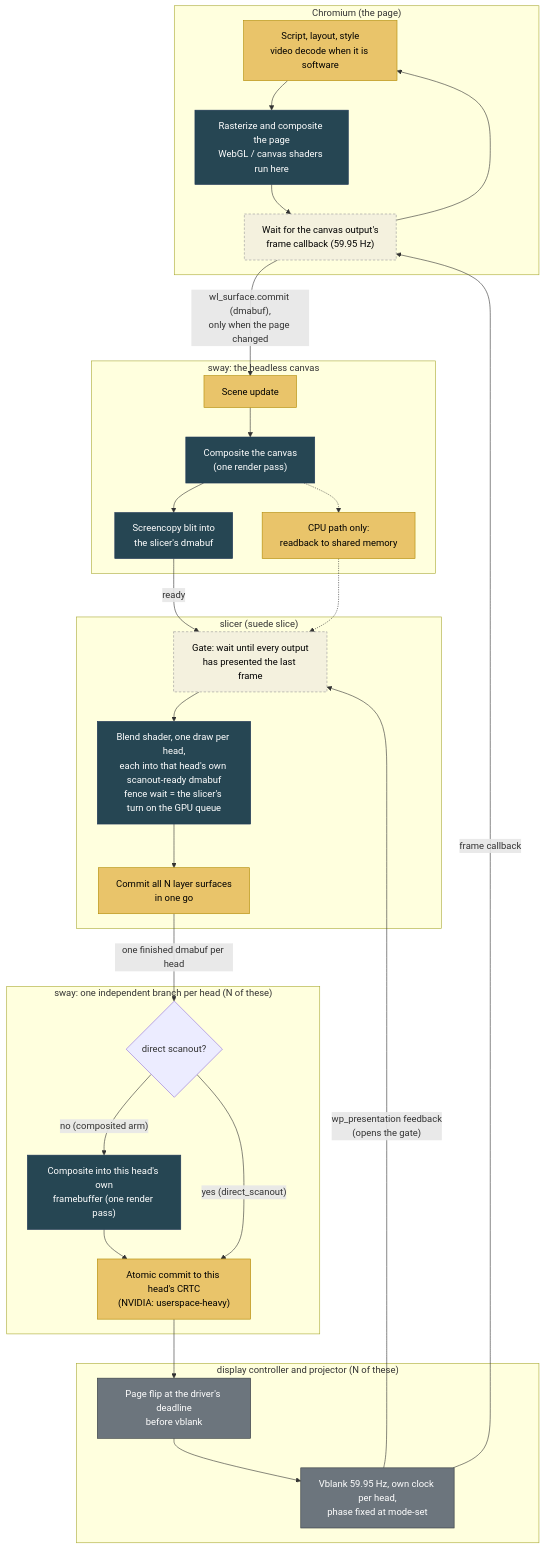
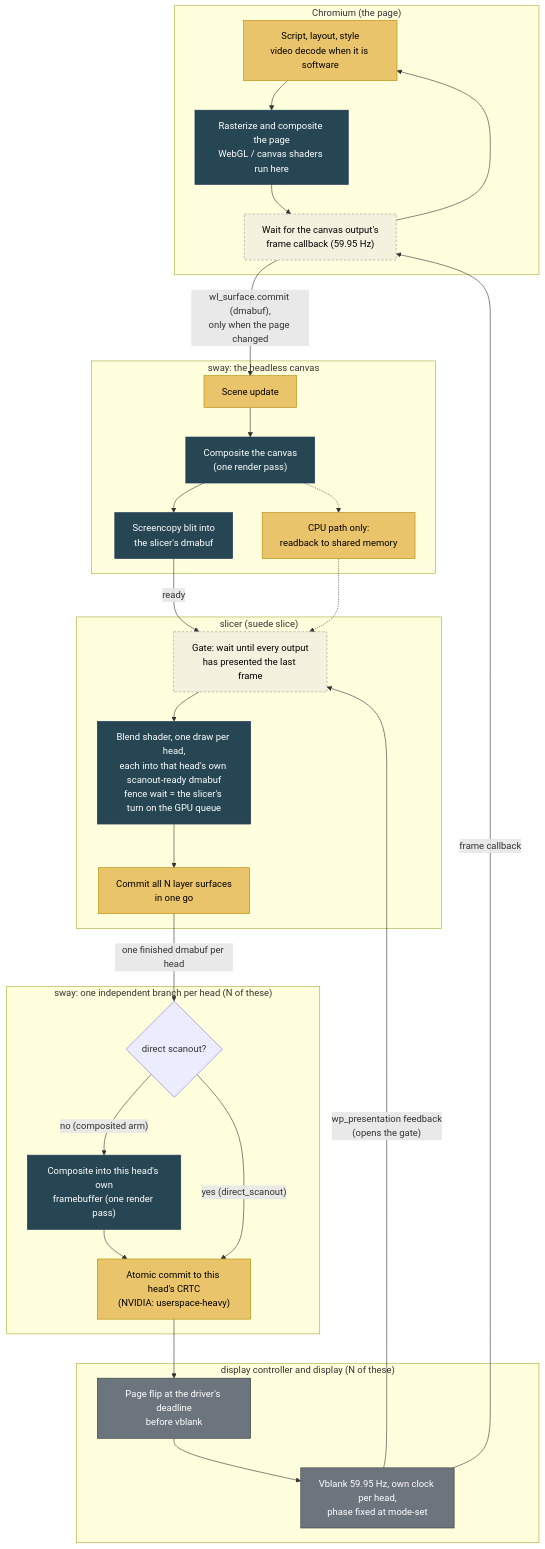
One commit to gameshowpro/Suede changed the first of 2 diagrams in docs/how-it-works.md. Above: the diagram before and after it, drawn with Mermaid. The commit also changed other lines of this file and 29 other files, not shown here.

````diff
--- a/docs/how-it-works.md
+++ b/docs/how-it-works.md
@@ -61,52 +79,52 @@
 ```mermaid
 flowchart TB
     classDef gpu fill:#264653,color:#fff,stroke:#1d3557
     classDef cpu fill:#e9c46a,color:#000,stroke:#b08900
     classDef wait fill:#f4f1de,color:#000,stroke:#999,stroke-dasharray: 4 3
     classDef hw fill:#6c757d,color:#fff,stroke:#343a40
 
     subgraph page ["Chromium (the page)"]
         JS["Script, layout, style<br/>video decode when it is software"]:::cpu
         RAST["Rasterize and composite the page<br/>WebGL / canvas shaders run here"]:::gpu
         FC["Wait for the canvas output's<br/>frame callback (59.95 Hz)"]:::wait
         JS --> RAST --> FC --> JS
     end
 
     subgraph sway1 ["sway: the headless canvas"]
         SC["Scene update"]:::cpu
         COMP["Composite the canvas<br/>(one render pass)"]:::gpu
         CAP["Screencopy blit into<br/>the slicer's dmabuf"]:::gpu
         CAPCPU["CPU path only:<br/>readback to shared memory"]:::cpu
         SC --> COMP --> CAP
         COMP -.-> CAPCPU
     end
 
     subgraph slicer ["slicer (suede slice)"]
         GATE["Gate: wait until every output<br/>has presented the last frame"]:::wait
         BLEND["Blend shader, one draw per head,<br/>each into that head's own scanout-ready dmabuf<br/>fence wait = the slicer's turn on the GPU queue"]:::gpu
         COMMIT["Commit all N layer surfaces<br/>in one go"]:::cpu
         GATE --> BLEND --> COMMIT
     end
 
     subgraph sway2 ["sway: one independent branch per head (N of these)"]
         DS{"direct scanout?"}
         OCOMP["Composite into this head's own<br/>framebuffer (one render pass)"]:::gpu
         KMS["Atomic commit to this head's CRTC<br/>(NVIDIA: userspace-heavy)"]:::cpu
         DS -- "no (composited arm)" --> OCOMP --> KMS
         DS -- "yes (direct_scanout)" --> KMS
     end
 
-    subgraph hw ["display controller and projector (N of these)"]
+    subgraph hw ["display controller and display (N of these)"]
         FLIP["Page flip at the driver's deadline<br/>before vblank"]:::hw
         VB["Vblank 59.95 Hz, own clock per head,<br/>phase fixed at mode-set"]:::hw
         FLIP --> VB
     end
 
     FC -- "wl_surface.commit (dmabuf),<br/>only when the page changed" --> SC
     CAP -- "ready" --> GATE
     CAPCPU -.-> GATE
     COMMIT -- "one finished dmabuf per head" --> DS
     KMS --> FLIP
     VB -- "wp_presentation feedback<br/>(opens the gate)" --> GATE
     VB -- "frame callback" --> FC
 ```
````
